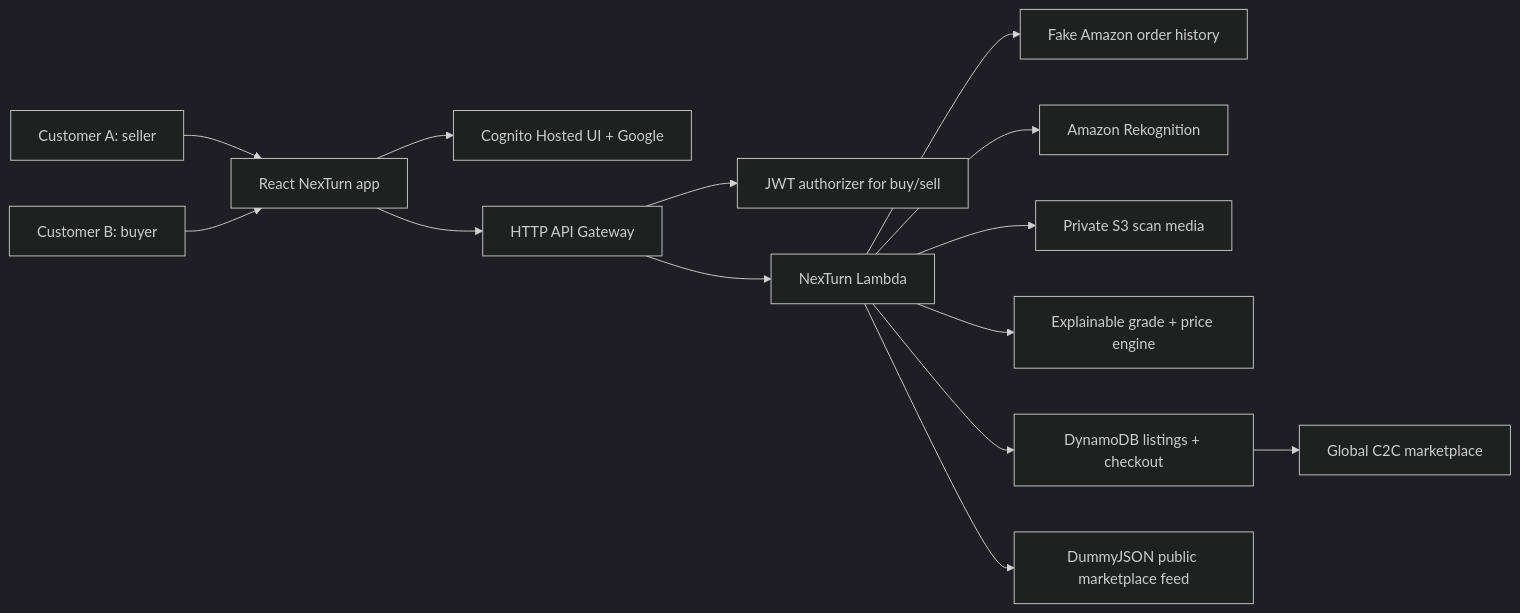
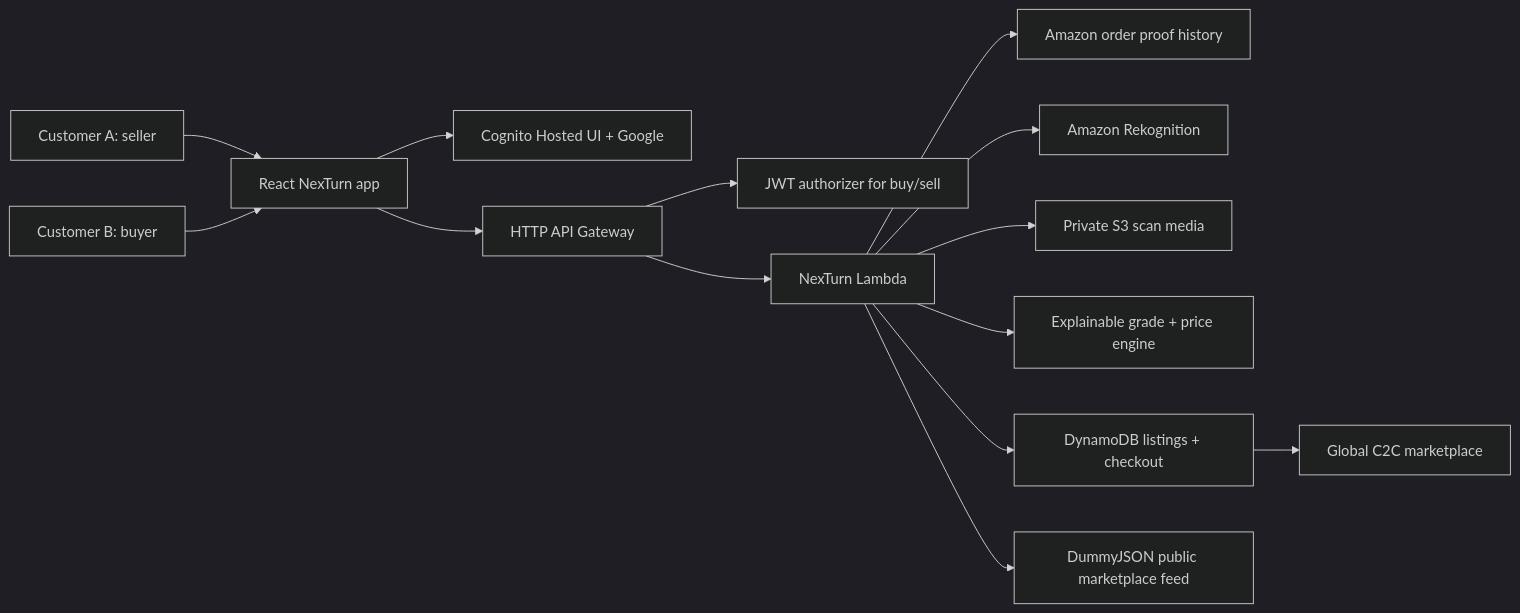
Before and after one commit to AKSHATSPAR/nexturn: the diagram in README.md, drawn with Mermaid (dark theme). The commit also changed other lines of this file and 15 other files, not shown here.

Commit message:
feat: polish c2c marketplace and grading flow

````diff
--- a/README.md
+++ b/README.md
@@ -44,16 +44,16 @@
 ```mermaid
 flowchart LR
   Seller["Customer A: seller"] --> Web["React NexTurn app"]
   Buyer["Customer B: buyer"] --> Web
   Web --> Auth["Cognito Hosted UI + Google"]
   Web --> API["HTTP API Gateway"]
   API --> JWT["JWT authorizer for buy/sell"]
   API --> Lambda["NexTurn Lambda"]
-  Lambda --> Orders["Fake Amazon order history"]
+  Lambda --> Orders["Amazon order proof history"]
   Lambda --> Rekognition["Amazon Rekognition"]
   Lambda --> S3["Private S3 scan media"]
   Lambda --> Scorecard["Explainable grade + price engine"]
   Lambda --> DDB["DynamoDB listings + checkout"]
   Lambda --> PublicFeed["DummyJSON public marketplace feed"]
   DDB --> Marketplace["Global C2C marketplace"]
 ```
````
